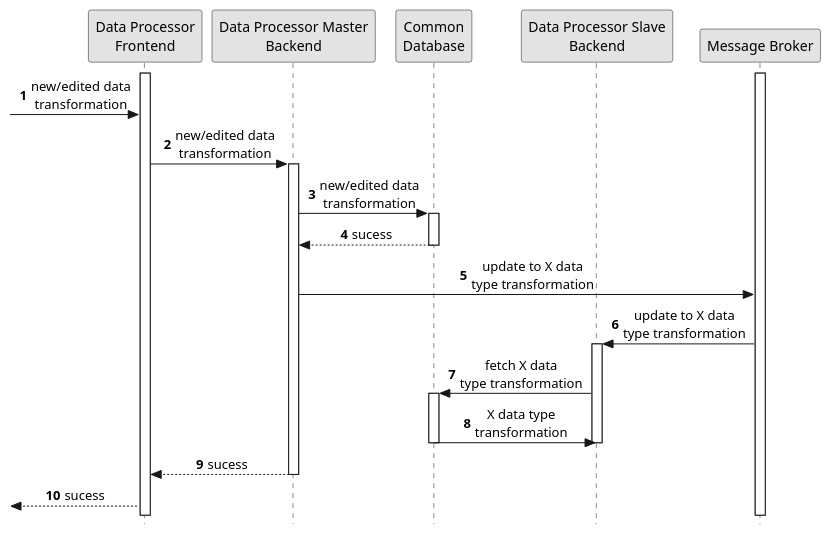
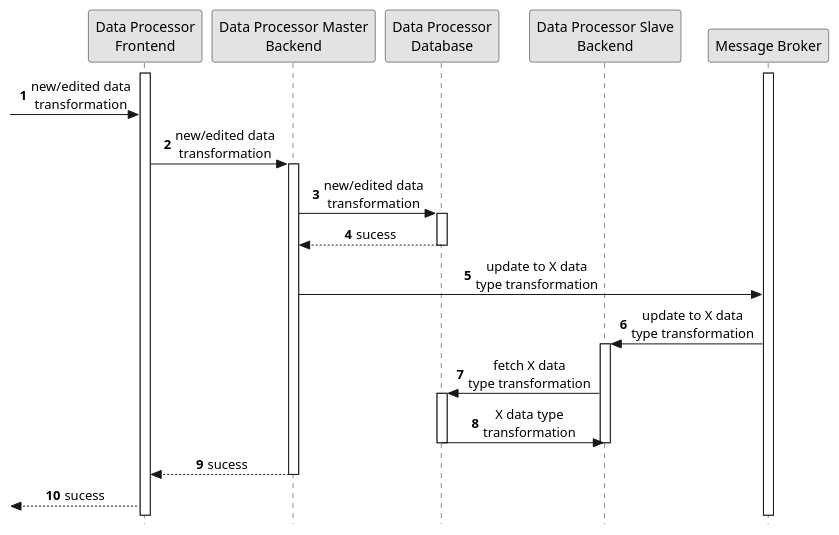
One commit to FilipeMCruz/sensae-console changed the diagram in docs/diagrams/process-view-level2-uc03.pu. Above: the diagram before and after it, drawn with PlantUML. The commit also changed 82 other files, not shown here.

```diff
--- a/docs/diagrams/process-view-level2-uc03.pu
+++ b/docs/diagrams/process-view-level2-uc03.pu
@@ -1,49 +1,49 @@
 @startuml process-view-level2-uc03
 
 skinparam Monochrome true
 skinparam sequenceMessageAlign center
 skinparam style strictuml
 hide unlinked
 
 autonumber 1
 
 participant "Data Processor\nFrontend" as DRF
 participant "Data Processor Master\nBackend" as DRMB
-participant "Common\nDatabase" as DRDB
+participant "Data Processor\nDatabase" as DRDB
 participant "Data Processor Slave\nBackend" as DRSB
 participant "Message Broker" as MB
 
 activate MB
 activate DRF
 
 -> DRF: new/edited data\ntransformation
 
 DRF -> DRMB: new/edited data\ntransformation
 activate DRMB
 
 DRMB -> DRDB: new/edited data\ntransformation
 activate DRDB
 
 DRDB --> DRMB: sucess
 deactivate DRDB
 
 DRMB -> MB: update to X data\ntype transformation
 
 MB -> DRSB: update to X data\ntype transformation
 activate DRSB
 
 DRSB -> DRDB: fetch X data\ntype transformation
 activate DRDB
 
 DRDB -> DRSB: X data type\ntransformation
 deactivate DRDB
 
 deactivate DRSB
 
 DRMB --> DRF: sucess
 
 deactivate DRMB
 
 <-- DRF: sucess
 
 @enduml
```
